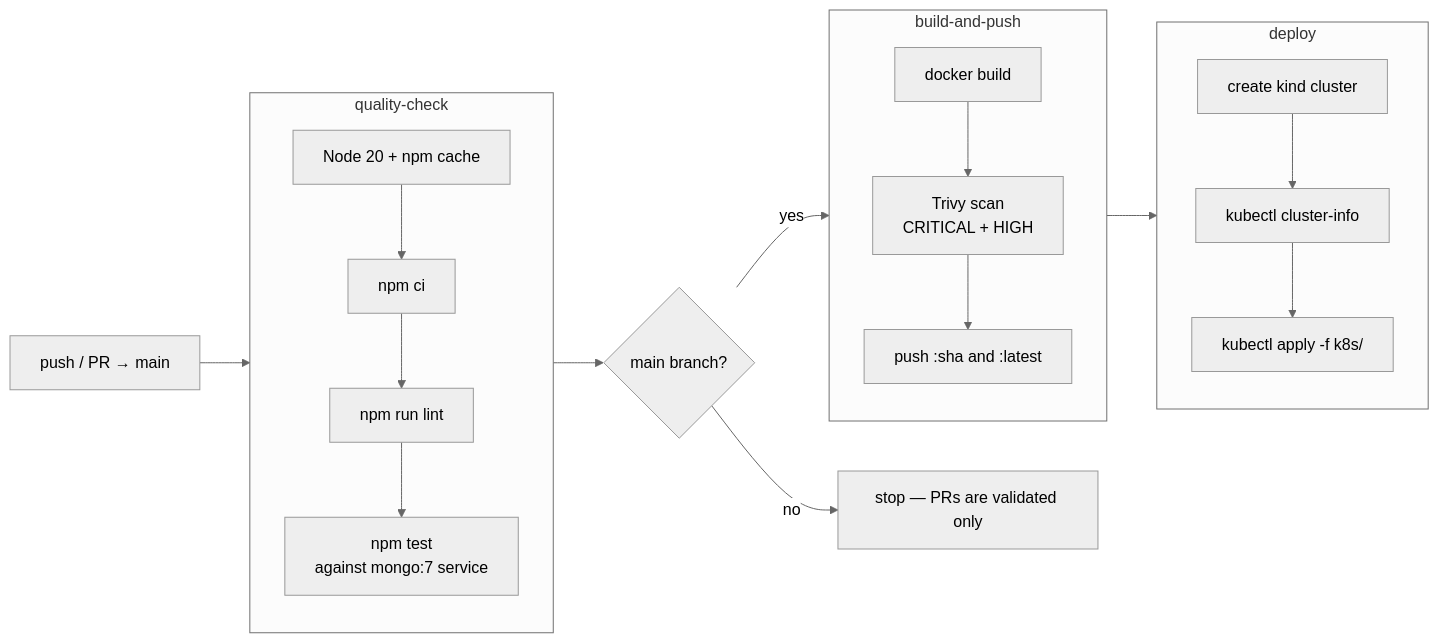
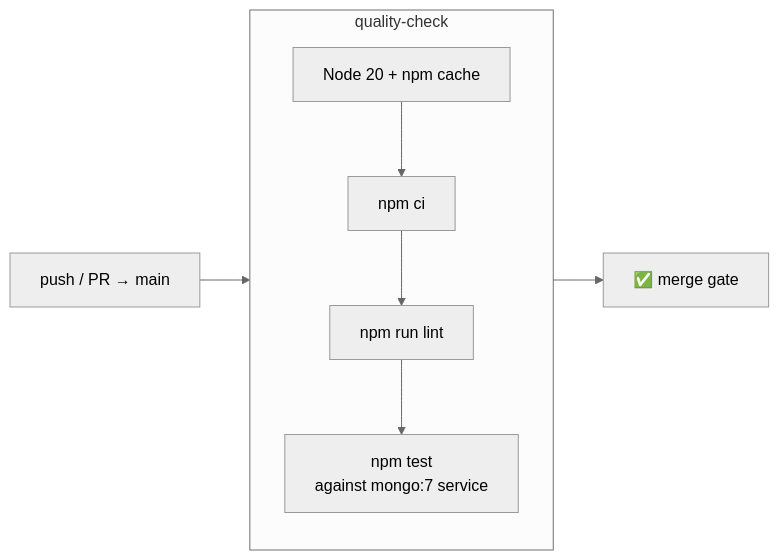
Before and after one commit to ishanavasthi/EventHive: the diagram in docs/setup-and-deployment.md, drawn with Mermaid (neutral theme). The commit also changed other lines of this file and 4 other files, not shown here.

````diff
--- a/docs/setup-and-deployment.md
+++ b/docs/setup-and-deployment.md
@@ -198,22 +198,10 @@
 ```mermaid
 graph LR
     A["push / PR → main"] --> B
 
     subgraph B["quality-check"]
         B1["Node 20 + npm cache"] --> B2["npm ci"] --> B3["npm run lint"] --> B4["npm test<br/>against mongo:7 service"]
     end
 
-    B --> C{"main branch?"}
-    C -->|no| STOP["stop — PRs are validated only"]
-    C -->|yes| D
-
-    subgraph D["build-and-push"]
-        D1["docker build"] --> D2["Trivy scan<br/>CRITICAL + HIGH"] --> D3["push :sha and :latest"]
-    end
-
-    D --> E
-
-    subgraph E["deploy"]
-        E1["create kind cluster"] --> E2["kubectl cluster-info"] --> E3["kubectl apply -f k8s/"]
-    end
+    B --> C["✅ merge gate"]
 ```
````
